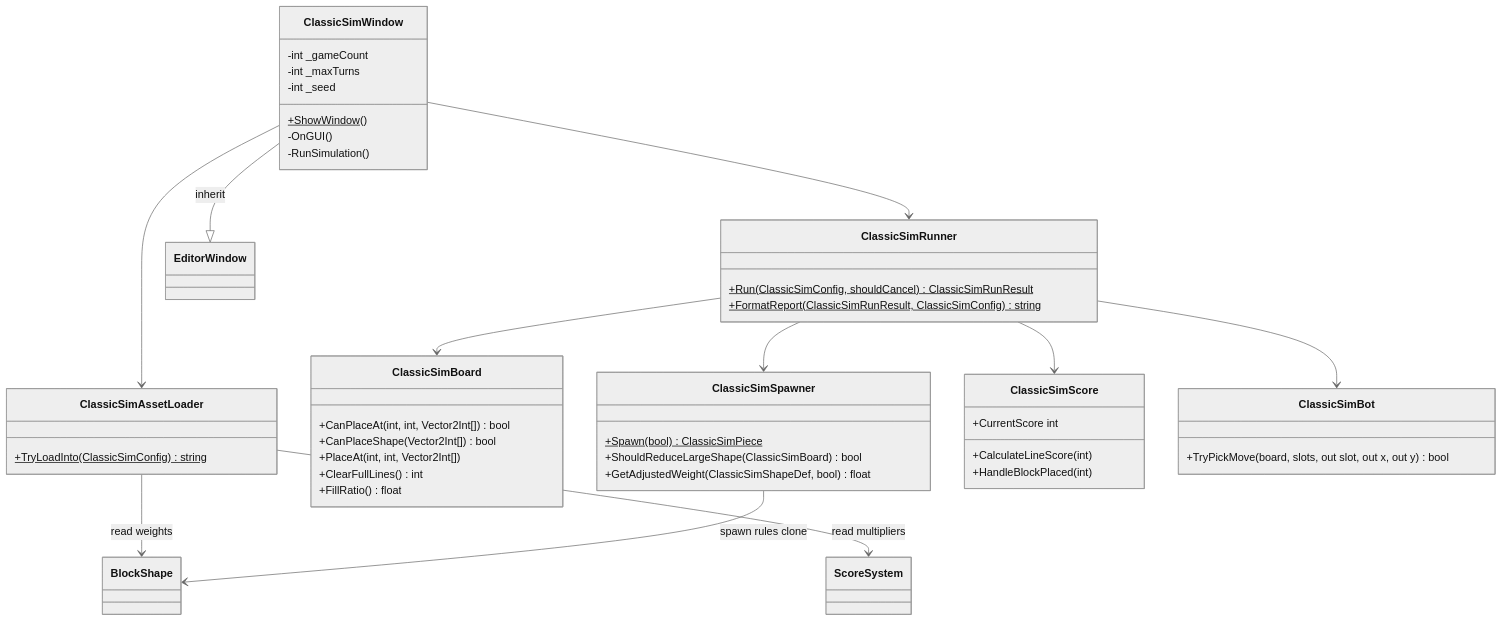
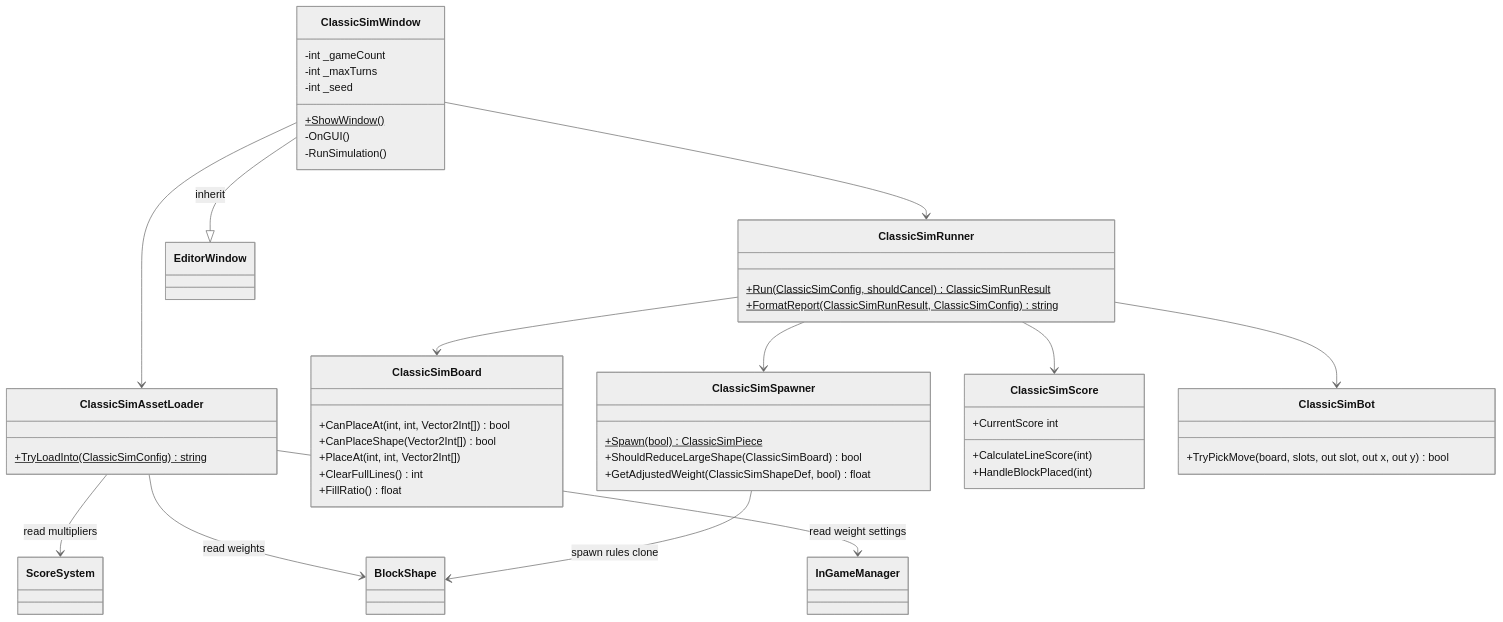
The second of 2 diagrams in docs/diagrams/classic-sim.md (chlghksgml01/BlockPuzzle), drawn with Mermaid (neutral theme) before and after one commit. The commit also changed other lines of this file and 9 other files, not shown here.

Commit message:
refactor: HighFillShapeWeightSettings 추가

````diff
--- a/docs/diagrams/classic-sim.md
+++ b/docs/diagrams/classic-sim.md
@@ -69,55 +71,56 @@
 ```mermaid
 classDiagram
   class ClassicSimWindow {
     +ShowWindow()$
     -int _gameCount
     -int _maxTurns
     -int _seed
     -OnGUI()
     -RunSimulation()
   }
 
   class ClassicSimAssetLoader {
     +TryLoadInto(ClassicSimConfig)$ string
   }
 
   class ClassicSimRunner {
     +Run(ClassicSimConfig, shouldCancel)$ ClassicSimRunResult
     +FormatReport(ClassicSimRunResult, ClassicSimConfig)$ string
   }
 
   class ClassicSimBoard {
     +CanPlaceAt(int, int, Vector2Int[]) bool
     +CanPlaceShape(Vector2Int[]) bool
     +PlaceAt(int, int, Vector2Int[])
     +ClearFullLines() int
     +FillRatio() float
   }
 
   class ClassicSimSpawner {
     +Spawn(bool)$ ClassicSimPiece
     +ShouldReduceLargeShape(ClassicSimBoard) bool
     +GetAdjustedWeight(ClassicSimShapeDef, bool) float
   }
 
   class ClassicSimScore {
     +CurrentScore int
     +CalculateLineScore(int)
     +HandleBlockPlaced(int)
   }
 
   class ClassicSimBot {
     +TryPickMove(board, slots, out slot, out x, out y) bool
   }
 
   ClassicSimWindow --|> EditorWindow : inherit
   ClassicSimWindow --> ClassicSimAssetLoader
   ClassicSimWindow --> ClassicSimRunner
   ClassicSimRunner --> ClassicSimBoard
   ClassicSimRunner --> ClassicSimSpawner
   ClassicSimRunner --> ClassicSimScore
   ClassicSimRunner --> ClassicSimBot
   ClassicSimAssetLoader --> BlockShape : read weights
+  ClassicSimAssetLoader --> InGameManager : read weight settings
   ClassicSimAssetLoader --> ScoreSystem : read multipliers
   ClassicSimSpawner --> BlockShape : spawn rules clone
 ```
````
